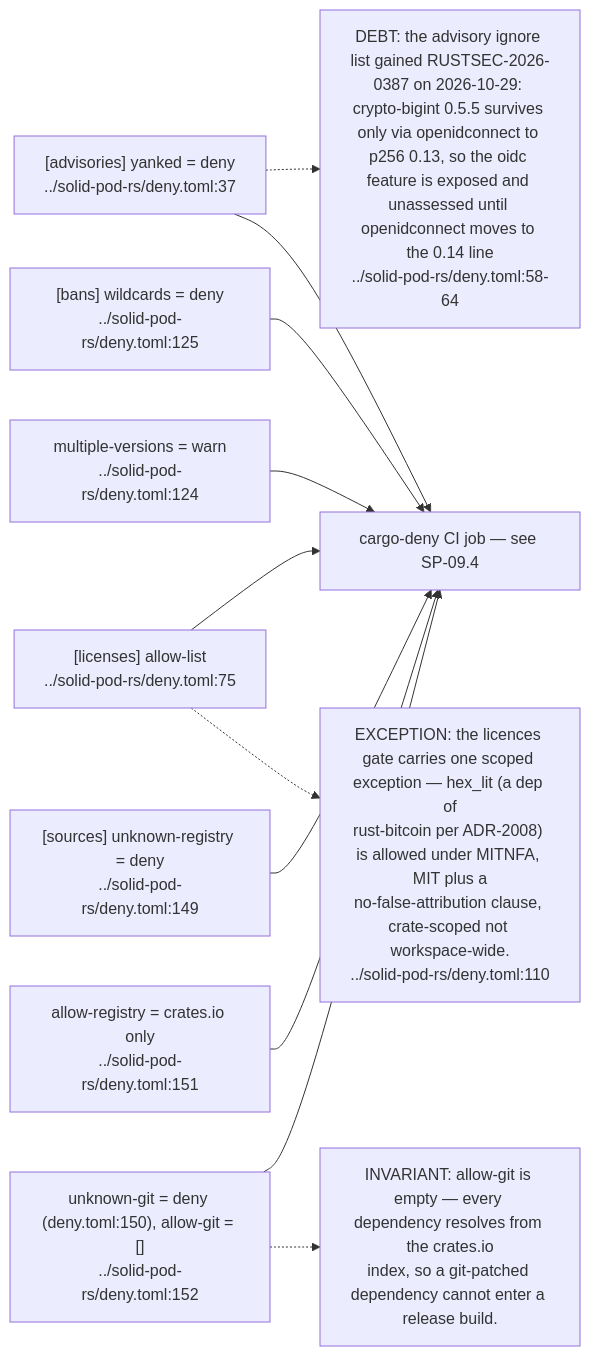
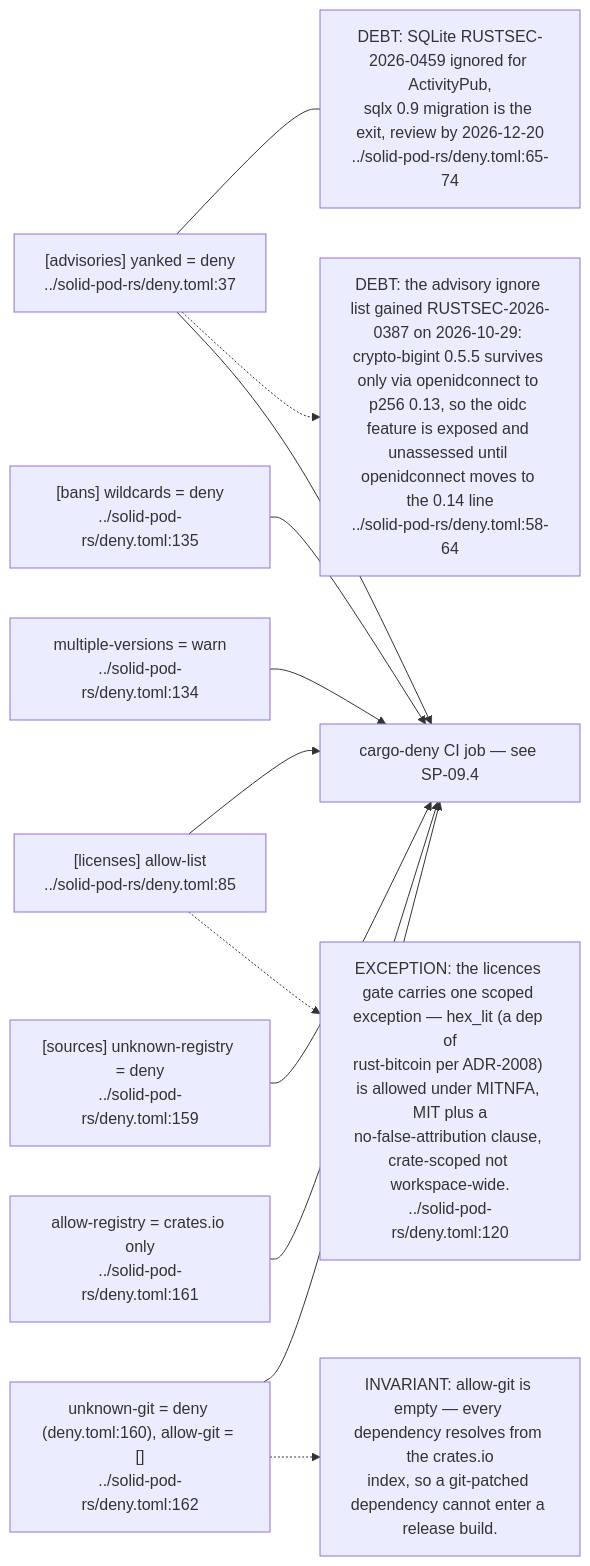
Before and after one commit to DreamLab-AI/VisionFlow: the tenth of 12 diagrams in docs/diagrams/solid-pod-rs/01-workspace-composition.md, drawn with Mermaid. The commit also changed other lines of this file and 48 other files, not shown here.

Commit message:
docs: reconcile estate repairs and first diagram refresh batch

````diff
--- a/docs/diagrams/solid-pod-rs/01-workspace-composition.md
+++ b/docs/diagrams/solid-pod-rs/01-workspace-composition.md
@@ -306,25 +306,27 @@
 ```mermaid
 flowchart LR
+    SQL["DEBT: SQLite RUSTSEC-2026-0459 ignored for ActivityPub,<br/>sqlx 0.9 migration is the exit, review by 2026-12-20<br/>../solid-pod-rs/deny.toml:65-74"]
+    ADV --- SQL
     ADV["[advisories] yanked = deny<br/>../solid-pod-rs/deny.toml:37"]
-    LIC["[licenses] allow-list<br/>../solid-pod-rs/deny.toml:75"]
-    BANS["[bans] wildcards = deny<br/>../solid-pod-rs/deny.toml:125"]
-    MULTI["multiple-versions = warn<br/>../solid-pod-rs/deny.toml:124"]
-    SRC["[sources] unknown-registry = deny<br/>../solid-pod-rs/deny.toml:149"]
-    GITS["unknown-git = deny (deny.toml:150), allow-git = []<br/>../solid-pod-rs/deny.toml:152"]
-    REG["allow-registry = crates.io only<br/>../solid-pod-rs/deny.toml:151"]
+    LIC["[licenses] allow-list<br/>../solid-pod-rs/deny.toml:85"]
+    BANS["[bans] wildcards = deny<br/>../solid-pod-rs/deny.toml:135"]
+    MULTI["multiple-versions = warn<br/>../solid-pod-rs/deny.toml:134"]
+    SRC["[sources] unknown-registry = deny<br/>../solid-pod-rs/deny.toml:159"]
+    GITS["unknown-git = deny (deny.toml:160), allow-git = []<br/>../solid-pod-rs/deny.toml:162"]
+    REG["allow-registry = crates.io only<br/>../solid-pod-rs/deny.toml:161"]
 
     DEBT["DEBT: the advisory ignore list gained RUSTSEC-2026-0387 on 2026-10-29: crypto-bigint 0.5.5 survives only via openidconnect to p256 0.13, so the oidc feature is exposed and unassessed until openidconnect moves to the 0.14 line<br/>../solid-pod-rs/deny.toml:58-64"]
     ADV -.-> DEBT
     ADV --> OUT["cargo-deny CI job — see SP-09.4"]
     LIC --> OUT
     BANS --> OUT
     MULTI --> OUT
     SRC --> OUT
     GITS --> OUT
     REG --> OUT
 
     N["INVARIANT: allow-git is empty — every dependency resolves from the crates.io<br/>index, so a git-patched dependency cannot enter a release build."]
     GITS -.-> N
-    X["EXCEPTION: the licences gate carries one scoped exception — hex_lit (a dep of<br/>rust-bitcoin per ADR-2008) is allowed under MITNFA, MIT plus a<br/>no-false-attribution clause, crate-scoped not workspace-wide.<br/>../solid-pod-rs/deny.toml:110"]
+    X["EXCEPTION: the licences gate carries one scoped exception — hex_lit (a dep of<br/>rust-bitcoin per ADR-2008) is allowed under MITNFA, MIT plus a<br/>no-false-attribution clause, crate-scoped not workspace-wide.<br/>../solid-pod-rs/deny.toml:120"]
     LIC -.-> X
 ```
````
